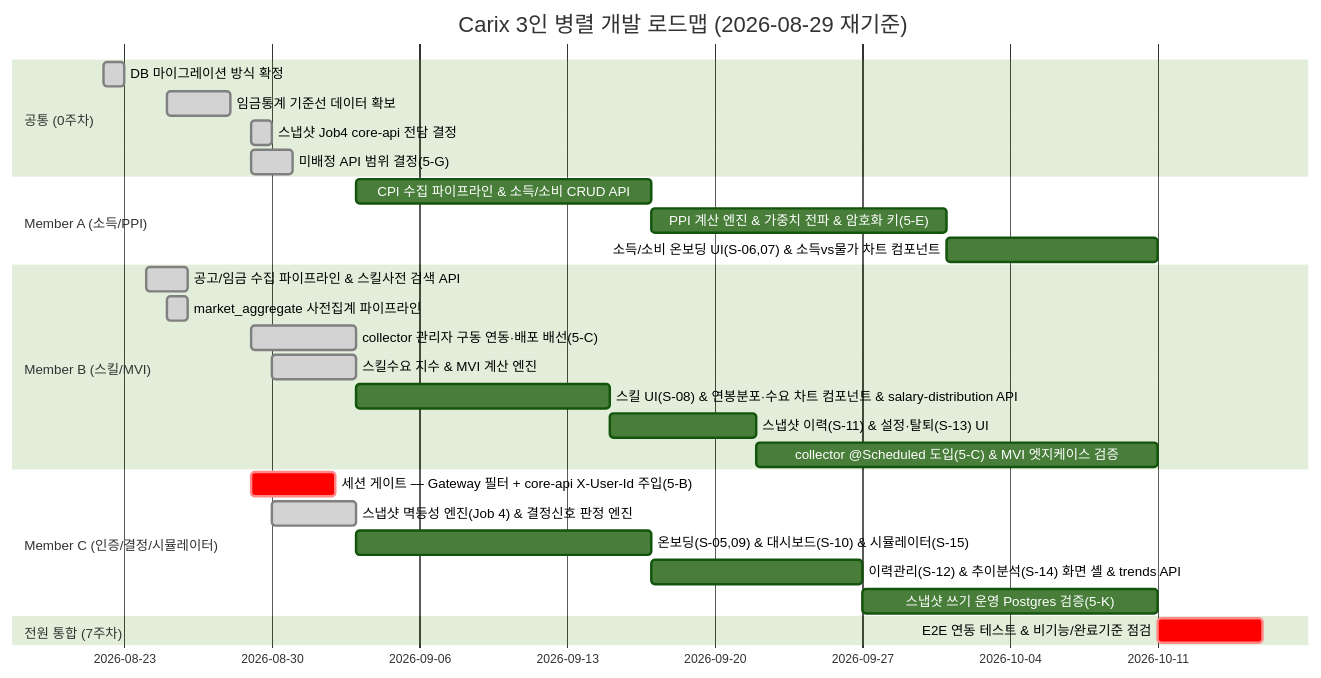
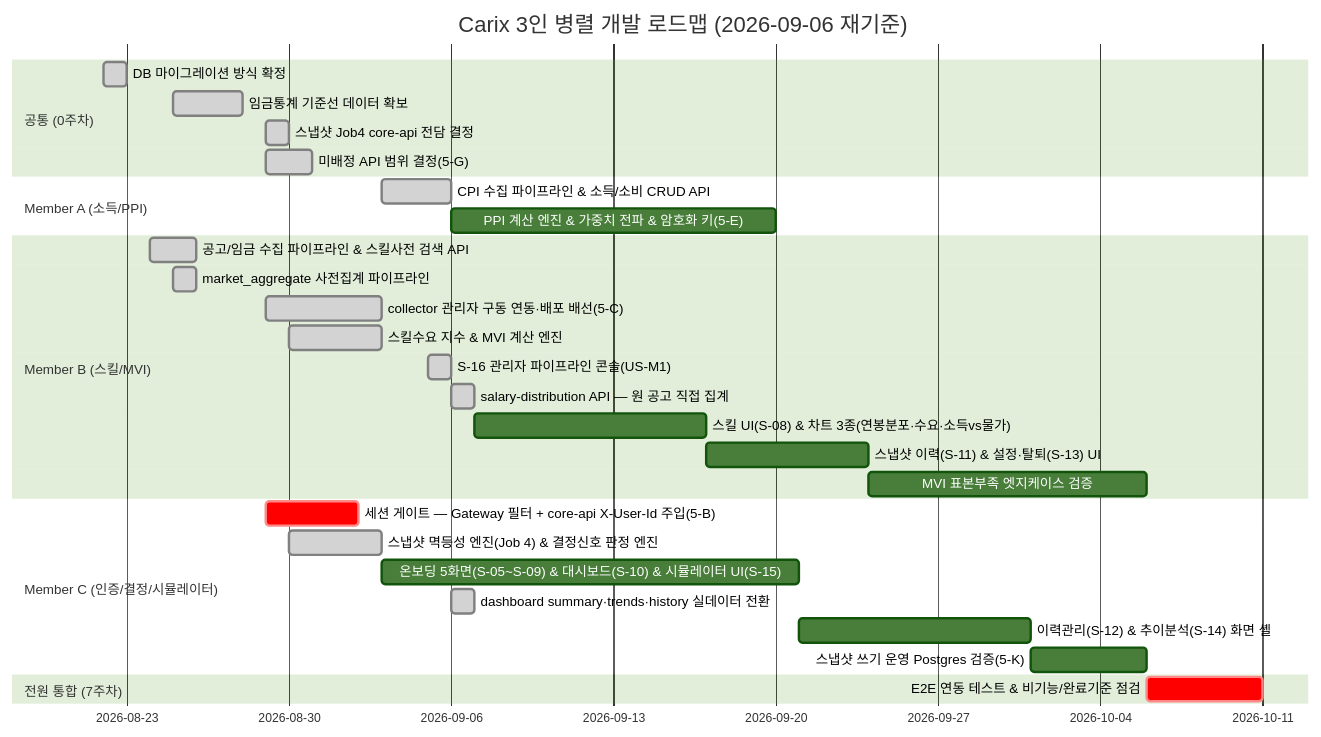
One commit to SeoHyeokGyu/Carix changed the first of 2 diagrams in docs/plans/carix-dev-plan.md. Above: the diagram before and after it, drawn with Mermaid (forest theme). The commit also changed other lines of this file and 16 other files, not shown here.

````diff
--- a/docs/plans/carix-dev-plan.md
+++ b/docs/plans/carix-dev-plan.md
@@ -54,30 +95,32 @@
 ```mermaid
 gantt
-    title Carix 3인 병렬 개발 로드맵 (2026-08-29 재기준)
+    title Carix 3인 병렬 개발 로드맵 (2026-09-06 재기준)
     dateFormat  YYYY-MM-DD
     section 공통 (0주차)
     DB 마이그레이션 방식 확정 :done, c0a, 2026-08-22, 1d
     임금통계 기준선 데이터 확보 :done, a0, 2026-08-25, 3d
     스냅샷 Job4 core-api 전담 결정 :done, i0, 2026-08-29, 1d
     미배정 API 범위 결정(5-G) :done, c0, 2026-08-29, 2d
     section Member A (소득/PPI)
-    CPI 수집 파이프라인 & 소득/소비 CRUD API :a1, after b0, 14d
+    CPI 수집 파이프라인 & 소득/소비 CRUD API :done, a1, 2026-09-03, 3d
     PPI 계산 엔진 & 가중치 전파 & 암호화 키(5-E) :a2, after a1, 14d
-    소득/소비 온보딩 UI(S-06,07) & 소득vs물가 차트 컴포넌트 :a3, after a2, 10d
     section Member B (스킬/MVI)
     공고/임금 수집 파이프라인 & 스킬사전 검색 API :done, b1, 2026-08-24, 2d
     market_aggregate 사전집계 파이프라인 :done, b2a, 2026-08-25, 1d
     collector 관리자 구동 연동·배포 배선(5-C) :done, b0, 2026-08-29, 5d
     스킬수요 지수 & MVI 계산 엔진 :done, b2, 2026-08-30, 4d
-    스킬 UI(S-08) & 연봉분포·수요 차트 컴포넌트 & salary-distribution API :b3, after b2, 12d
+    S-16 관리자 파이프라인 콘솔(US-M1) :done, b16, 2026-09-05, 1d
+    salary-distribution API — 원 공고 직접 집계 :done, b3a, 2026-09-06, 1d
+    스킬 UI(S-08) & 차트 3종(연봉분포·수요·소득vs물가) :b3, after b3a, 10d
     스냅샷 이력(S-11) & 설정·탈퇴(S-13) UI :b4, after b3, 7d
-    collector @Scheduled 도입(5-C) & MVI 엣지케이스 검증 :b5, after b4, 19d
+    MVI 표본부족 엣지케이스 검증 :b5, after b4, 12d
     section Member C (인증/결정/시뮬레이터)
     세션 게이트 — Gateway 필터 + core-api X-User-Id 주입(5-B) :crit, c0b, 2026-08-29, 4d
     스냅샷 멱등성 엔진(Job 4) & 결정신호 판정 엔진 :done, c2, 2026-08-30, 4d
-    온보딩(S-05,09) & 대시보드(S-10) & 시뮬레이터(S-15) :c3, after c2, 14d
-    이력관리(S-12) & 추이분석(S-14) 화면 셸 & trends API :c4, after c3, 10d
-    스냅샷 쓰기 운영 Postgres 검증(5-K)          :c5, after c4, 14d
+    온보딩 5화면(S-05~S-09) & 대시보드(S-10) & 시뮬레이터 UI(S-15) :c3, after c2, 18d
+    dashboard summary·trends·history 실데이터 전환 :done, c4a, 2026-09-06, 1d
+    이력관리(S-12) & 추이분석(S-14) 화면 셸 :c4, after c3, 10d
+    스냅샷 쓰기 운영 Postgres 검증(5-K) :c5, after c4, 5d
     section 전원 통합 (7주차)
-    E2E 연동 테스트 & 비기능/완료기준 점검 :crit, e2e, after a3 b5 c5, 5d
+    E2E 연동 테스트 & 비기능/완료기준 점검 :crit, e2e, after a2 b5 c5, 5d
 ```
````
